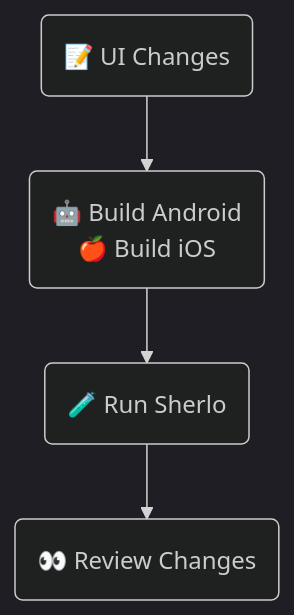
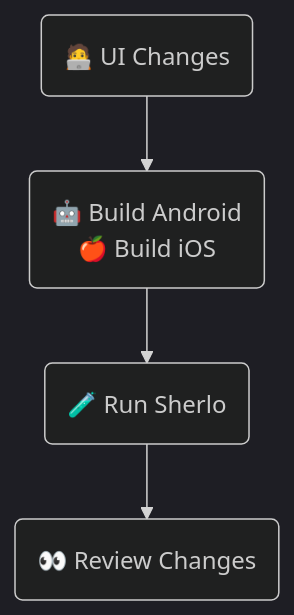
Before and after one commit to sherlo-io/sherlo: the eighth of 8 diagrams in examples/standard/README.md, drawn with Mermaid (dark theme).

Commit message:
no message

````diff
--- a/examples/standard/README.md
+++ b/examples/standard/README.md
@@ -137,12 +137,12 @@
 ```mermaid
 flowchart TB
-   UI(📝 UI Changes)
+   UI(🧑‍💻 UI Changes)
    Builds("`🤖 Build Android
    🍎 Build iOS`")
    Sherlo(🧪 Run Sherlo)
    Review(👀 Review Changes)
 
    UI --> Builds
    Builds --> Sherlo
    Sherlo --> Review
 ```
````
